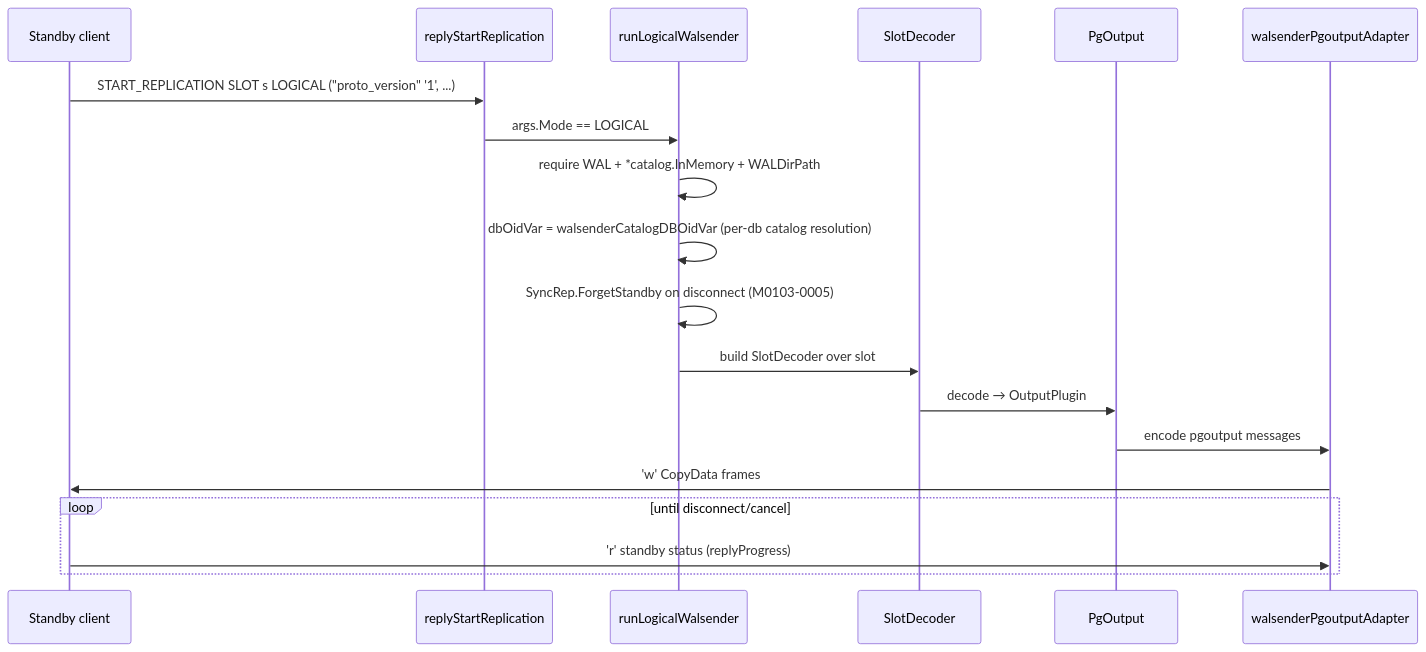
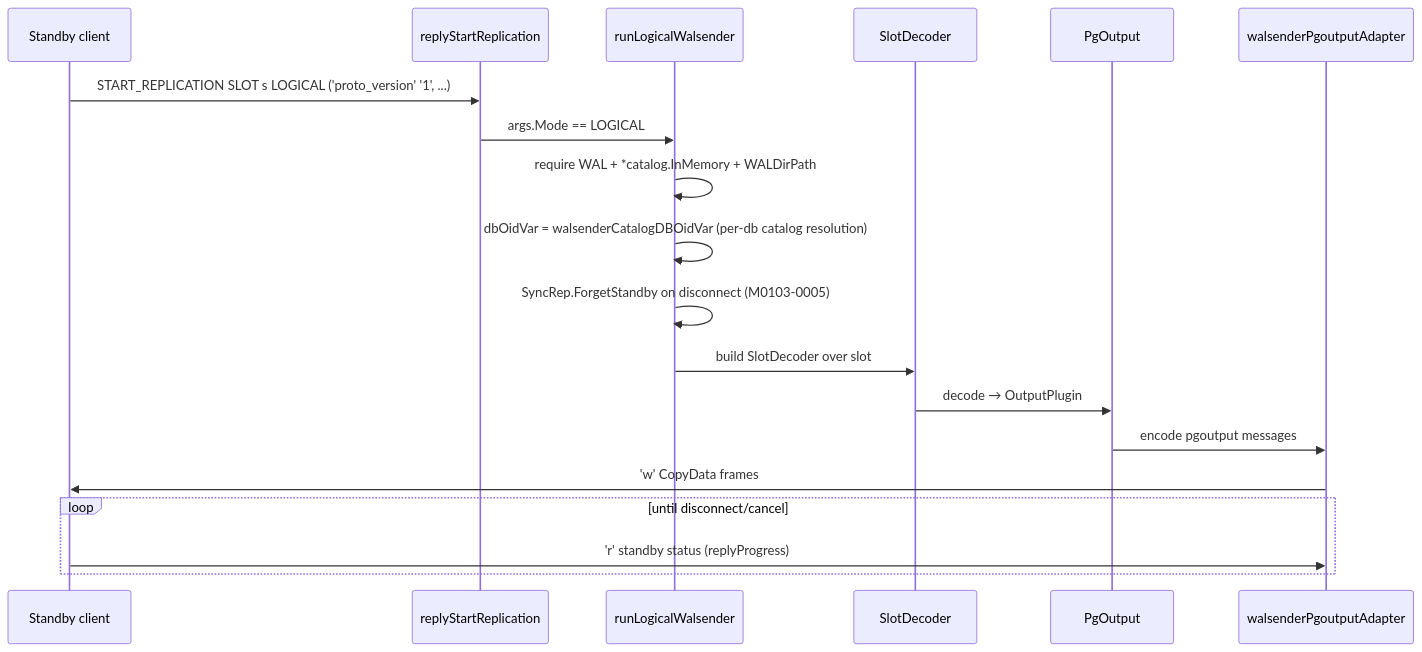
Before and after one commit to ryogrid/goopg: the fourth of 9 diagrams in docs/wiki/modules/replication.md, drawn with Mermaid. The commit also changed 24 other files, not shown here.

Commit message:
docs(wiki): fix mermaid syntax errors — reserve keyword LINK, flow chart parens, seq msg quotes/semicolons — M-NIGHTLY

````diff
--- a/docs/wiki/modules/replication.md
+++ b/docs/wiki/modules/replication.md
@@ -205,22 +205,22 @@
 ```mermaid
 sequenceDiagram
     participant C as Standby client
     participant R as replyStartReplication
     participant L as runLogicalWalsender
     participant D as SlotDecoder
     participant P as PgOutput
     participant A as walsenderPgoutputAdapter
 
-    C->>R: START_REPLICATION SLOT s LOGICAL ("proto_version" '1', ...)
+C->>R: START_REPLICATION SLOT s LOGICAL ('proto_version' '1', ...)
     R->>L: args.Mode == LOGICAL
     L->>L: require WAL + *catalog.InMemory + WALDirPath
     L->>L: dbOidVar = walsenderCatalogDBOidVar (per-db catalog resolution)
     L->>L: SyncRep.ForgetStandby on disconnect (M0103-0005)
     L->>D: build SlotDecoder over slot
     D->>P: decode → OutputPlugin
     P->>A: encode pgoutput messages
     A->>C: 'w' CopyData frames
     loop until disconnect/cancel
         C->>A: 'r' standby status (replyProgress)
     end
 ```
````
